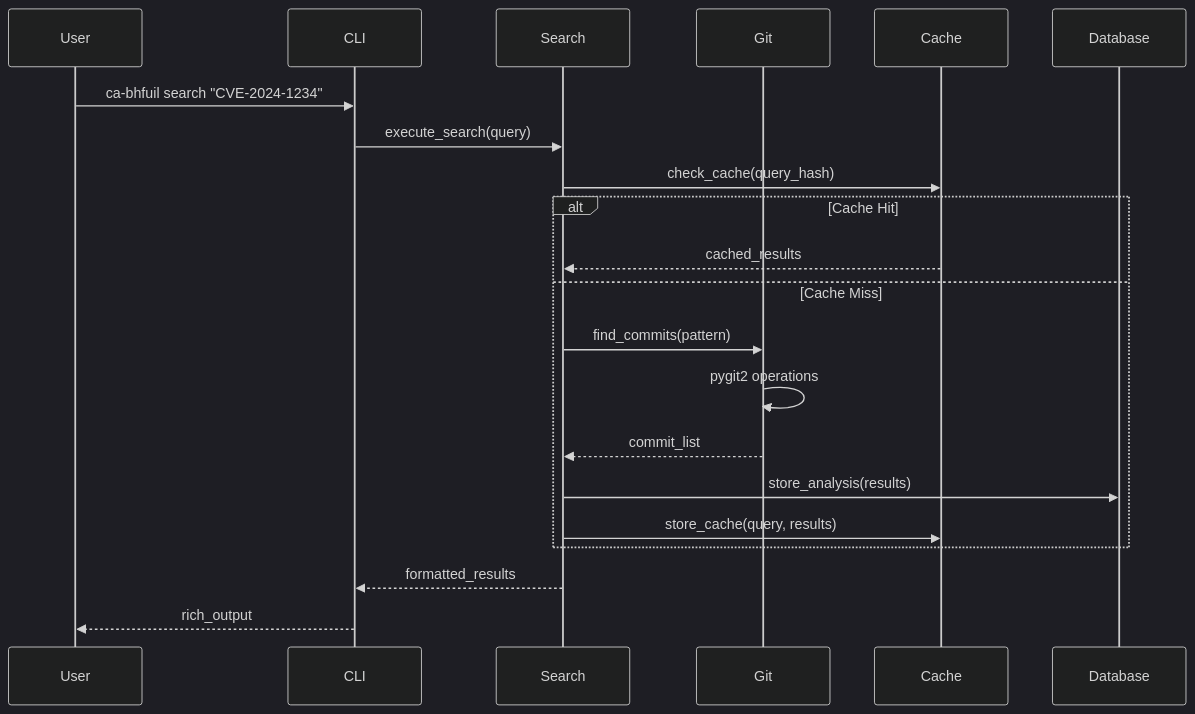
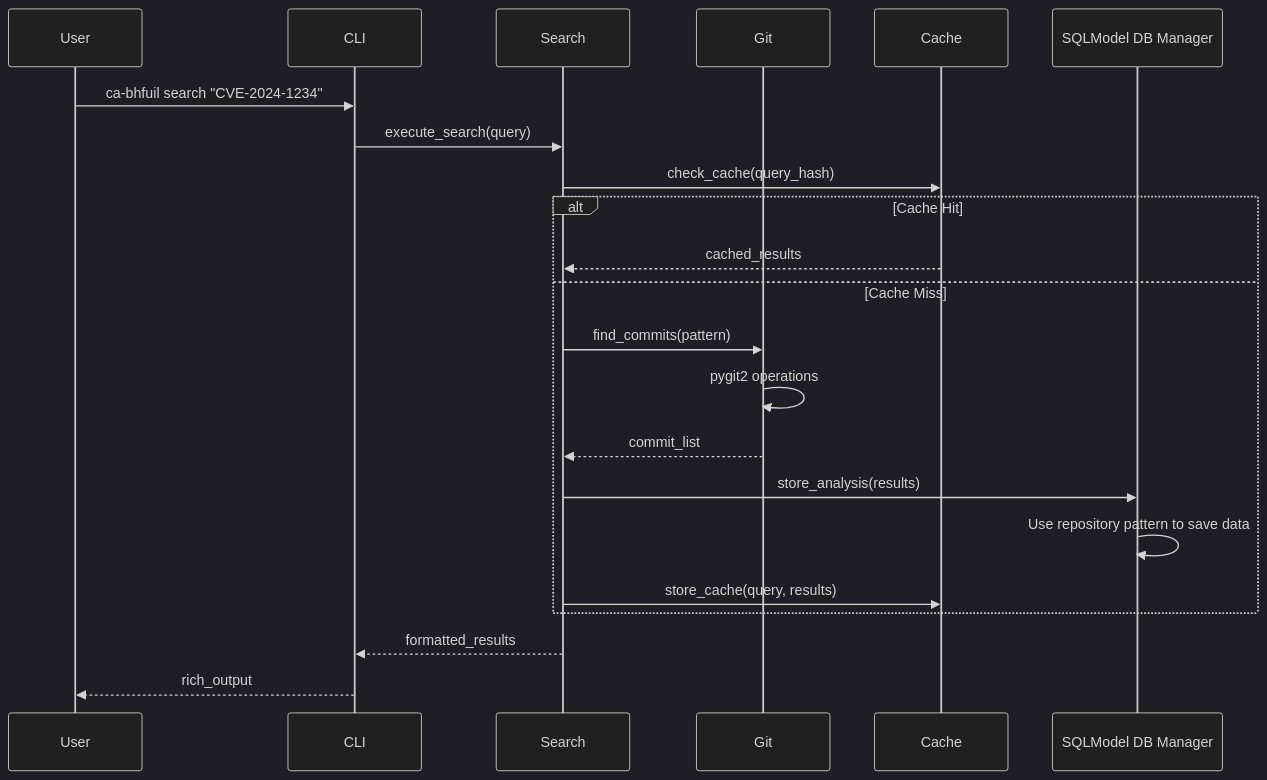
Before and after one commit to SeanMooney/ca-bhfuil: the second of 3 diagrams in docs/contributor/design/architecture-overview.md, drawn with Mermaid (dark theme). The commit also changed other lines of this file and 4 other files, not shown here.

````diff
--- a/docs/contributor/design/architecture-overview.md
+++ b/docs/contributor/design/architecture-overview.md
@@ -186,24 +187,25 @@
 ```mermaid
 sequenceDiagram
     participant User
     participant CLI
     participant Search
     participant Git
     participant Cache
-    participant Database
+    participant DBManager as SQLModel DB Manager
 
     User->>CLI: ca-bhfuil search "CVE-2024-1234"
     CLI->>Search: execute_search(query)
     Search->>Cache: check_cache(query_hash)
     alt Cache Hit
         Cache-->>Search: cached_results
     else Cache Miss
         Search->>Git: find_commits(pattern)
         Git->>Git: pygit2 operations
         Git-->>Search: commit_list
-        Search->>Database: store_analysis(results)
+        Search->>DBManager: store_analysis(results)
+        DBManager->>DBManager: Use repository pattern to save data
         Search->>Cache: store_cache(query, results)
     end
     Search-->>CLI: formatted_results
     CLI-->>User: rich_output
 ```
````
